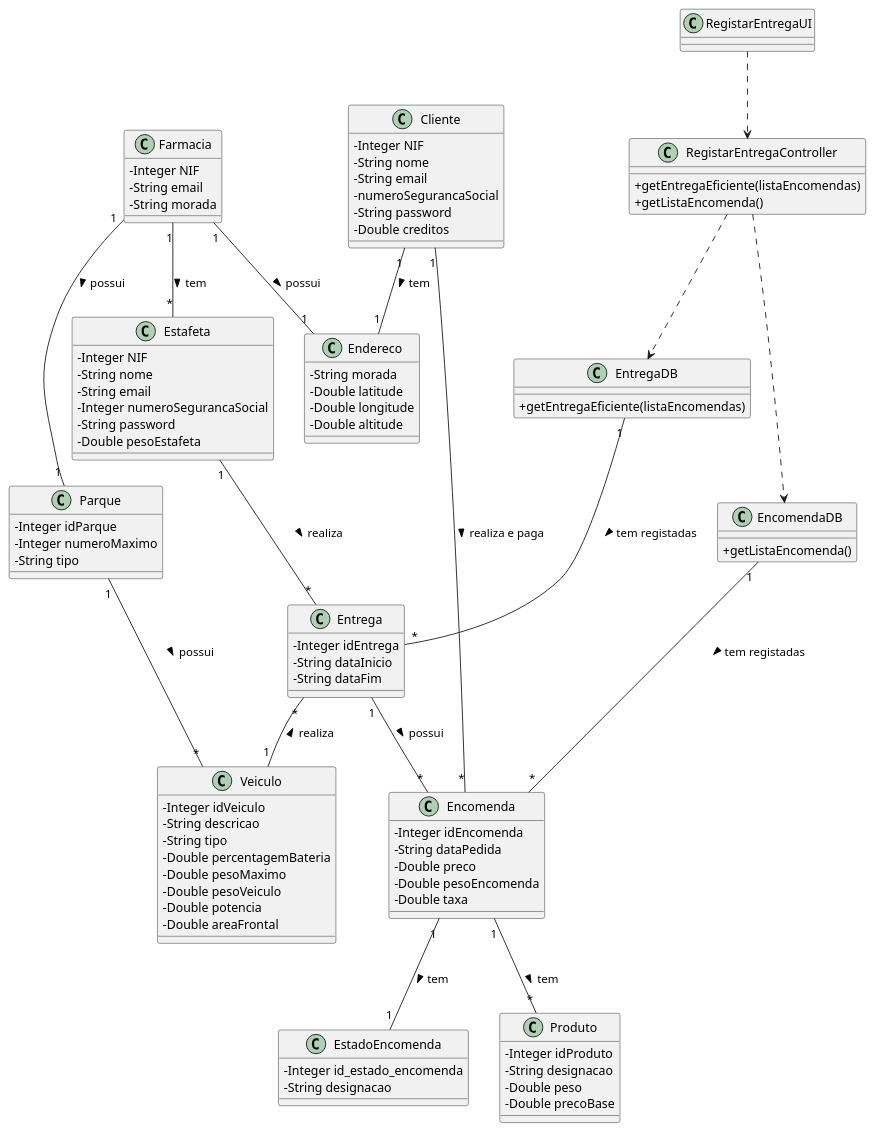
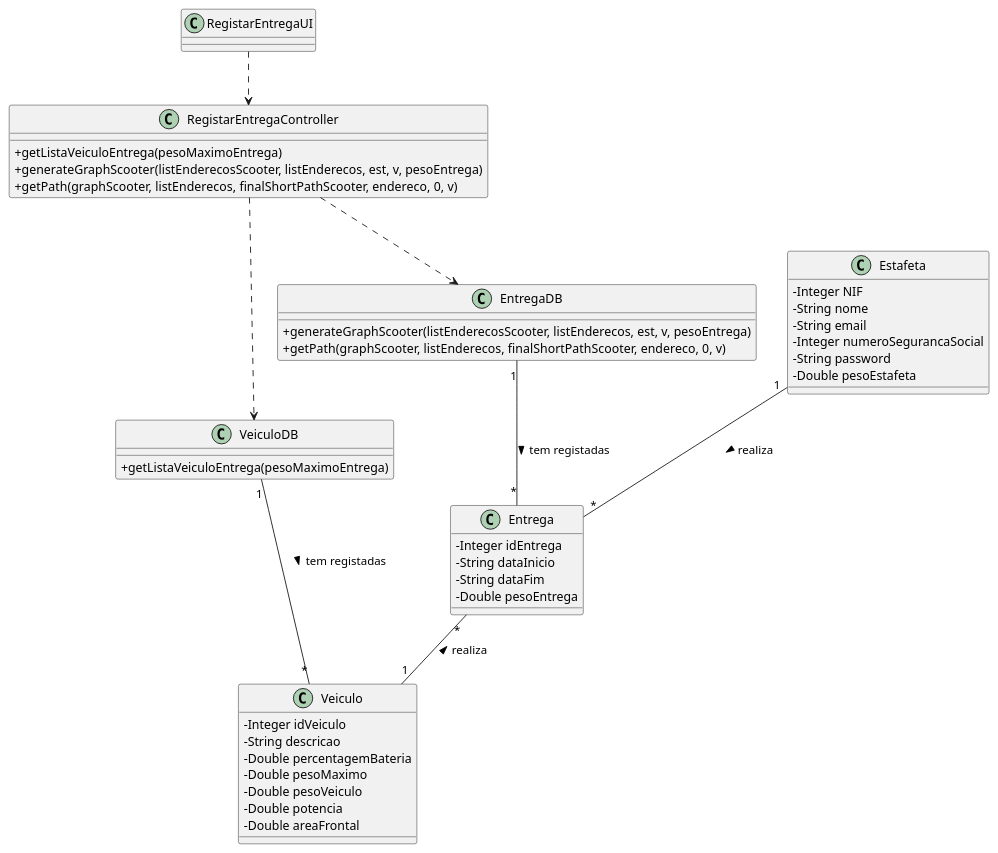
Before and after one commit to pedrolemos4/LAPR3: the diagram in docs/UC197/EntregaEficienteCD.puml, drawn with PlantUML. The commit also changed 7 other files, not shown here.

Commit message:
LAP3AP4-213 #close Entrega Eficiente [Design]

```diff
--- a/docs/UC197/EntregaEficienteCD.puml
+++ b/docs/UC197/EntregaEficienteCD.puml
@@ -1,116 +1,62 @@
 @startuml
 skinparam classAttributeIconSize 0
 
-class EncomendaDB {
-  +getListaEncomenda()
+class VeiculoDB {
+  +getListaVeiculoEntrega(pesoMaximoEntrega)
 }
 
 class EntregaDB {
-  +getEntregaEficiente(listaEncomendas)
+  +generateGraphScooter(listEnderecosScooter, listEnderecos, est, v, pesoEntrega)
+  +getPath(graphScooter, listEnderecos, finalShortPathScooter, endereco, 0, v)
 }
 
 class RegistarEntregaController {
-    +getEntregaEficiente(listaEncomendas)
-    +getListaEncomenda()
+    +getListaVeiculoEntrega(pesoMaximoEntrega)
+    +generateGraphScooter(listEnderecosScooter, listEnderecos, est, v, pesoEntrega)
+    +getPath(graphScooter, listEnderecos, finalShortPathScooter, endereco, 0, v)
 }
 
 class RegistarEntregaUI {
 }
 
 
 class Entrega {
   -Integer idEntrega
   -String dataInicio
   -String dataFim
-}
-
-class Encomenda {
-  -Integer idEncomenda
-  -String dataPedida
-  -Double preco
-  -Double pesoEncomenda
-  -Double taxa
-}
-
-class EstadoEncomenda {
-  -Integer id_estado_encomenda
-  -String designacao
-}
-
-class Produto {
-  -Integer idProduto
-  -String designacao
-  -Double peso
-  -Double precoBase
+  -Double pesoEntrega
 }
 
 class Estafeta {
   -Integer NIF
   -String nome
   -String email
   -Integer numeroSegurancaSocial
   -String password
   -Double pesoEstafeta
 }
 
 
-class Endereco {
-  -String morada
-  -Double latitude
-  -Double longitude
-  -Double altitude
-}
-
 class Veiculo {
   -Integer idVeiculo
   -String descricao
-  -String tipo
   -Double percentagemBateria
   -Double pesoMaximo
   -Double pesoVeiculo
   -Double potencia
   -Double areaFrontal
 }
 
-class Parque {
-  -Integer idParque
-  -Integer numeroMaximo
-  -String tipo
-}
 
-class Cliente {
-  -Integer NIF
-  -String nome
-  -String email
-  -numeroSegurancaSocial
-  -String password
-  -Double creditos
-}
-
-class Farmacia {
-  -Integer NIF
-  -String email
-  -String morada
-}
-
-Encomenda "1" -- "1" EstadoEncomenda : tem >
-Entrega "1" -- "*" Encomenda : possui >
 Estafeta "1" -- "*" Entrega: realiza >
-Cliente "1" -- "1" Endereco: tem >
-Cliente "1" -- "*" Encomenda: realiza e paga >
 Entrega "*" -- "1" Veiculo: realiza <
-Encomenda "1" -- "*" Produto: tem >
-Parque "1" -- "*" Veiculo: possui >
-Farmacia "1" -- "1" Parque: possui >
-Farmacia "1" -- "*" Estafeta: tem >
-Farmacia "1" -- "1" Endereco: possui >
-EncomendaDB "1" -- "*" Encomenda: tem registadas >
+VeiculoDB "1" -- "*" Veiculo: tem registadas >
 EntregaDB "1" -- "*" Entrega: tem registadas >
 
 RegistarEntregaUI ..> RegistarEntregaController 
 
-RegistarEntregaController ..> EncomendaDB
+RegistarEntregaController ..> VeiculoDB
 RegistarEntregaController ..> EntregaDB
 
 
 @enduml
```
